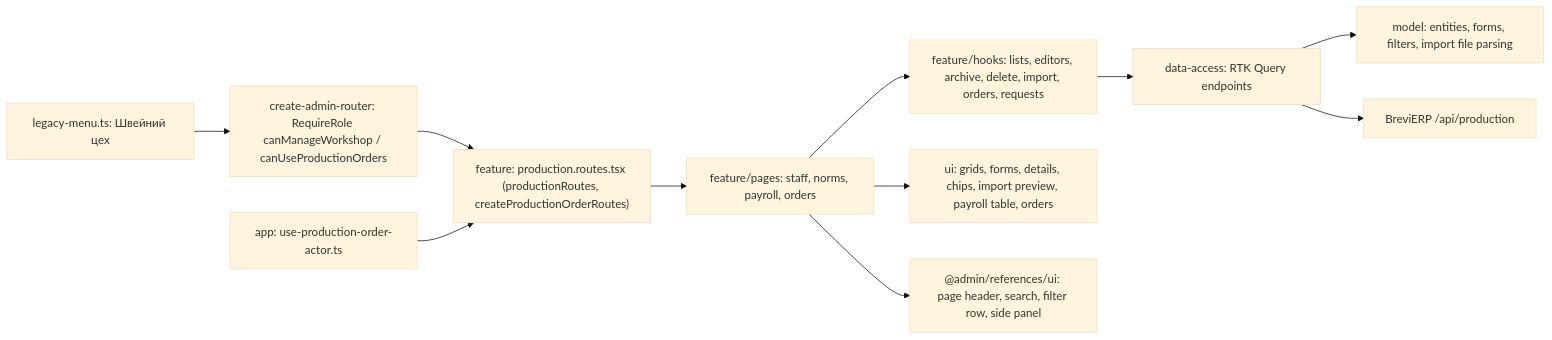
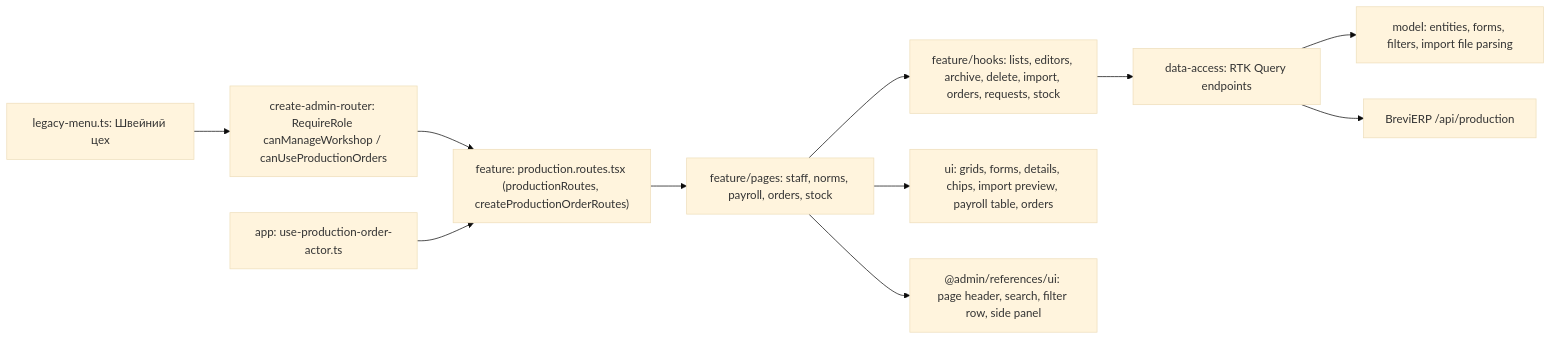
One commit to Weretik/brevi-web changed the diagram in docs/features/admin/production.md. Above: the diagram before and after it, drawn with Mermaid (base theme). The commit also changed other lines of this file and 56 other files, not shown here.

````diff
--- a/docs/features/admin/production.md
+++ b/docs/features/admin/production.md
@@ -13,13 +15,13 @@
 ```mermaid
 flowchart LR
   Menu["legacy-menu.ts: Швейний цех"] --> Router["create-admin-router: RequireRole canManageWorkshop / canUseProductionOrders"]
   Router --> Routes["feature: production.routes.tsx (productionRoutes, createProductionOrderRoutes)"]
   Actor["app: use-production-order-actor.ts"] --> Routes
-  Routes --> Pages["feature/pages: staff, norms, payroll, orders"]
-  Pages --> Hooks["feature/hooks: lists, editors, archive, delete, import, orders, requests"]
+  Routes --> Pages["feature/pages: staff, norms, payroll, orders, stock"]
+  Pages --> Hooks["feature/hooks: lists, editors, archive, delete, import, orders, requests, stock"]
   Pages --> UI["ui: grids, forms, details, chips, import preview, payroll table, orders"]
   Pages --> RefUI["@admin/references/ui: page header, search, filter row, side panel"]
   Hooks --> DataAccess["data-access: RTK Query endpoints"]
   DataAccess --> Model["model: entities, forms, filters, import file parsing"]
   DataAccess --> API["BreviERP /api/production"]
 ```
````
